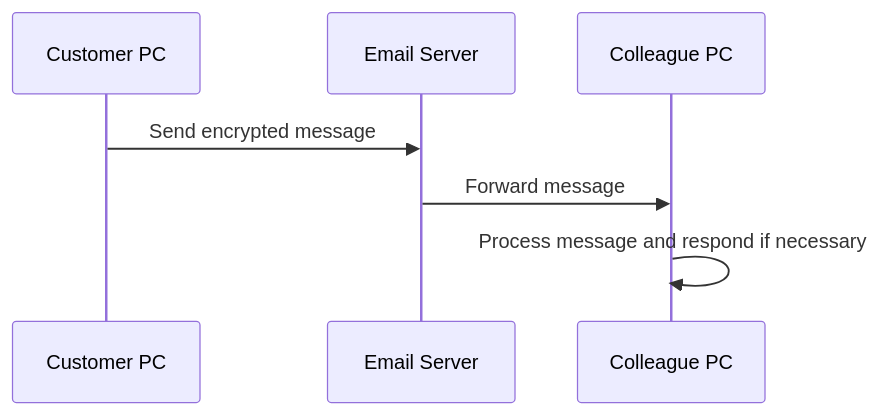
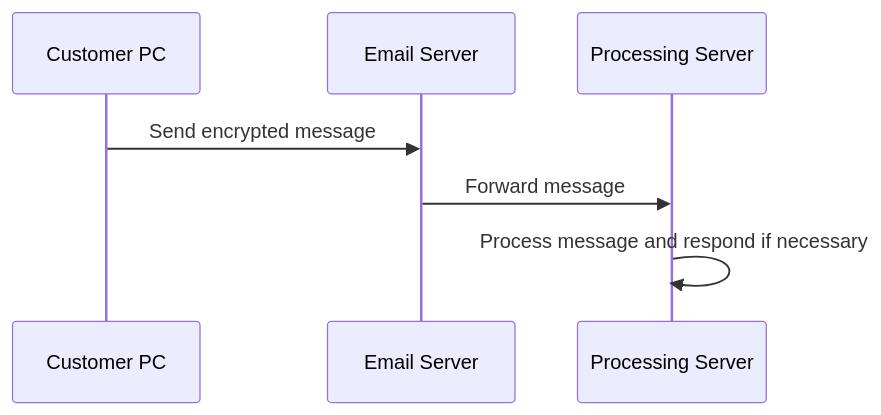
One commit to NADOOIT/NADOO-Connect changed the first of 2 diagrams in README.md. Above: the diagram before and after it, drawn with Mermaid. The commit also changed other lines of this file, not shown here.

````diff
--- a/README.md
+++ b/README.md
@@ -19,10 +19,10 @@
 ```mermaid
 sequenceDiagram
-    participant KundePC as Customer PC
-    participant KundenEmail as Email Server
-    participant KollegenPC as Colleague PC
+    participant CustomerPC as Customer PC
+    participant EmailServer as Email Server
+    participant ProcessingServer as Processing Server
 
-    KundePC->>KundenEmail: Send encrypted message
-    KundenEmail->>KollegenPC: Forward message
-    KollegenPC->>KollegenPC: Process message and respond if necessary
+    CustomerPC->>EmailServer: Send encrypted message
+    EmailServer->>ProcessingServer: Forward message
+    ProcessingServer->>ProcessingServer: Process message and respond if necessary
 ```
````
